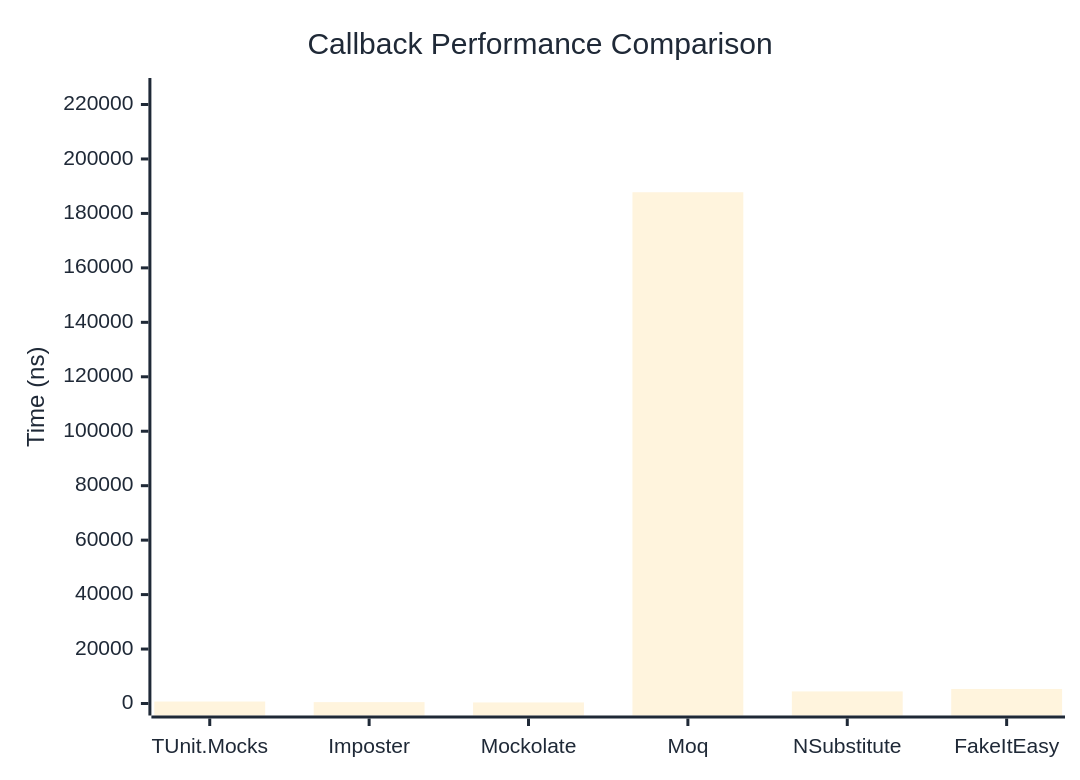
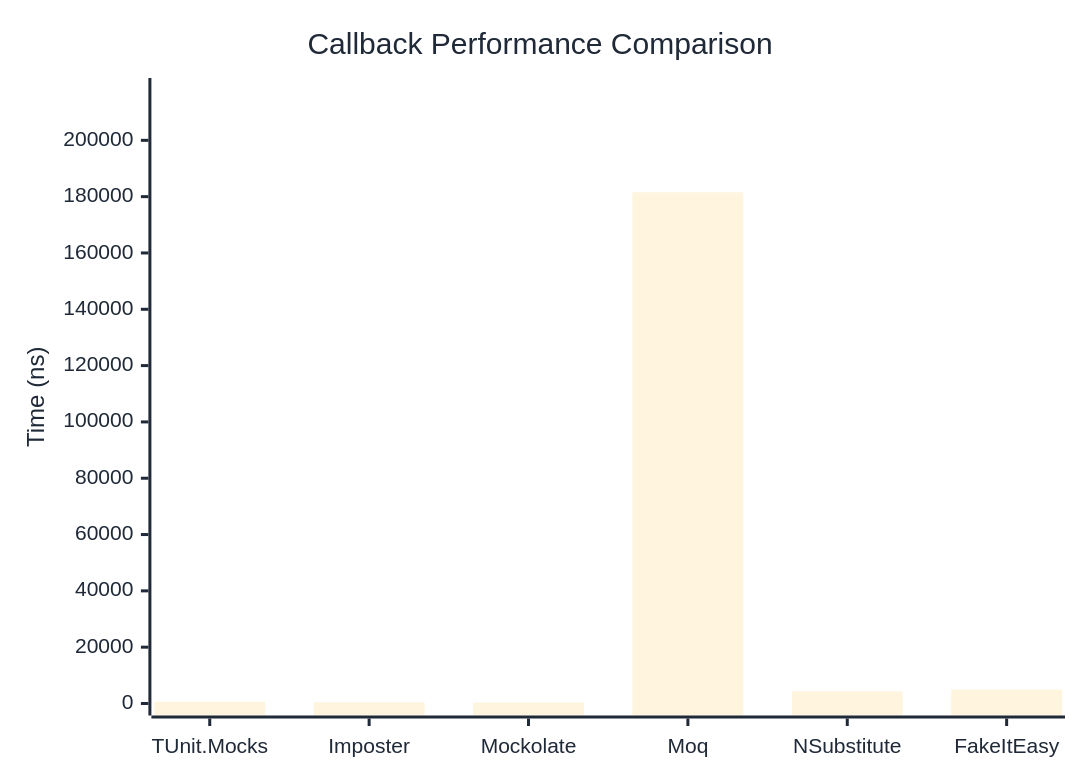
One commit to thomhurst/TUnit changed the first of 2 diagrams in docs/docs/benchmarks/mocks/Callback.md. Above: the diagram before and after it, drawn with Mermaid. The commit also changed other lines of this file and 14 other files, not shown here.

````diff
--- a/docs/docs/benchmarks/mocks/Callback.md
+++ b/docs/docs/benchmarks/mocks/Callback.md
@@ -30,27 +30,27 @@
 ```mermaid
 %%{init: {
   'theme':'base',
   'themeVariables': {
     'primaryColor': '#2563eb',
     'primaryTextColor': '#1f2937',
     'primaryBorderColor': '#1e40af',
     'lineColor': '#6b7280',
     'secondaryColor': '#7c3aed',
     'tertiaryColor': '#dc2626',
     'background': '#ffffff',
     'pie1': '#2563eb',
     'pie2': '#7c3aed',
     'pie3': '#dc2626',
     'pie4': '#f59e0b',
     'pie5': '#10b981',
     'pie6': '#06b6d4',
     'pie7': '#ec4899',
     'pie8': '#6366f1'
   }
 }}%%
 xychart-beta
   title "Callback Performance Comparison"
   x-axis ["TUnit.Mocks", "Imposter", "Mockolate", "Moq", "NSubstitute", "FakeItEasy"]
-  y-axis "Time (ns)" 0 --> 225332
-  bar [723.9, 503, 391.9, 187776.1, 4436, 5340.7]
+  y-axis "Time (ns)" 0 --> 217873
+  bar [629.6, 444.4, 341.6, 181560.5, 4283.7, 4913]
 ```
````
